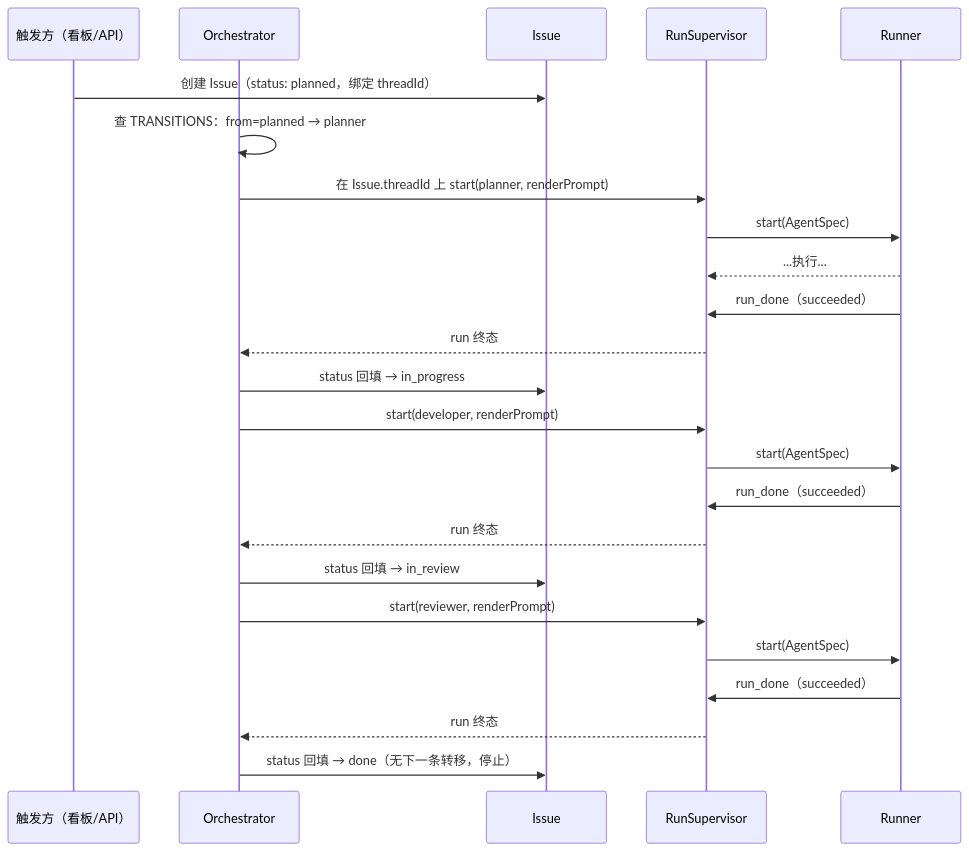
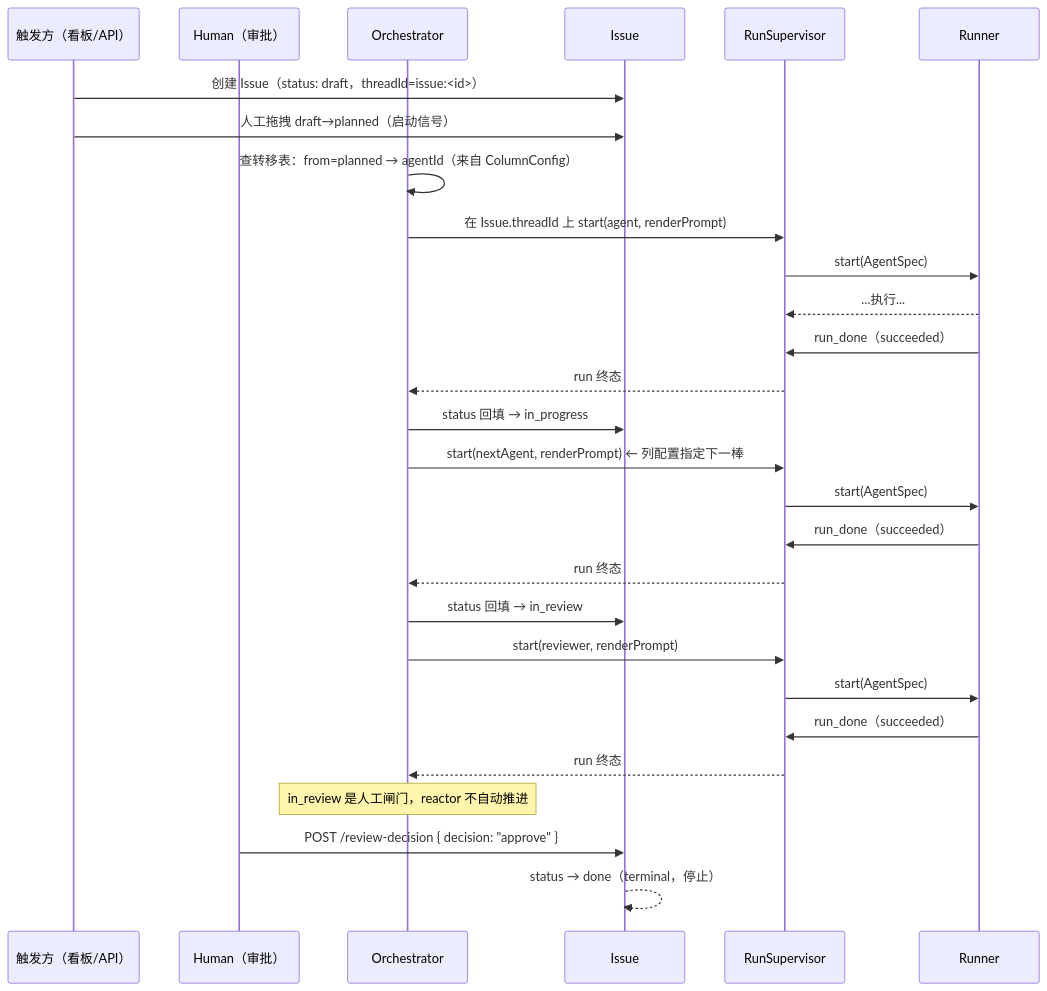
Before and after one commit to Chengchcc/my-agent-team: the diagram in docs/architecture/flows/e2e-issue-lifecycle.md, drawn with Mermaid. The commit also changed other lines of this file and 2 other files, not shown here.

Commit message:
docs(docs): sync M18 arch pages with code — draft, renderPrompt, human gate

````diff
--- a/docs/architecture/flows/e2e-issue-lifecycle.md
+++ b/docs/architecture/flows/e2e-issue-lifecycle.md
@@ -23,27 +23,31 @@
 ```mermaid
 sequenceDiagram
   participant T as 触发方（看板/API）
+  participant H as Human（审批）
   participant O as Orchestrator
   participant I as Issue
   participant S as RunSupervisor
   participant D as Runner
 
-  T->>I: 创建 Issue（status: planned，绑定 threadId）
-  O->>O: 查 TRANSITIONS：from=planned → planner
-  O->>S: 在 Issue.threadId 上 start(planner, renderPrompt)
+  T->>I: 创建 Issue（status: draft，threadId=issue:<id>）
+  T->>I: 人工拖拽 draft→planned（启动信号）
+  O->>O: 查转移表：from=planned → agentId（来自 ColumnConfig）
+  O->>S: 在 Issue.threadId 上 start(agent, renderPrompt)
   S->>D: start(AgentSpec)
   D-->>S: ...执行...
   D->>S: run_done（succeeded）
   S-->>O: run 终态
   O->>I: status 回填 → in_progress
-  O->>S: start(developer, renderPrompt)
+  O->>S: start(nextAgent, renderPrompt)  ← 列配置指定下一棒
   S->>D: start(AgentSpec)
   D->>S: run_done（succeeded）
   S-->>O: run 终态
   O->>I: status 回填 → in_review
   O->>S: start(reviewer, renderPrompt)
   S->>D: start(AgentSpec)
   D->>S: run_done（succeeded）
   S-->>O: run 终态
-  O->>I: status 回填 → done（无下一条转移，停止）
+  Note over O: in_review 是人工闸门，reactor 不自动推进
+  H->>I: POST /review-decision { decision: "approve" }
+  I-->>I: status → done（terminal，停止）
 ```
````
